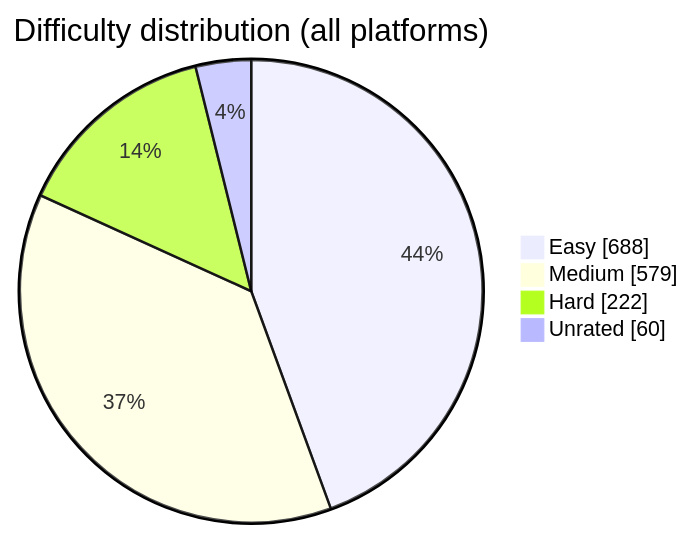
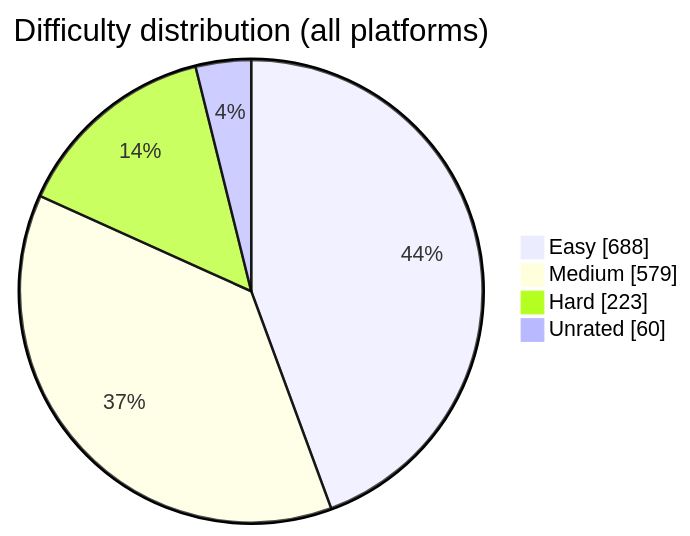
One commit to BuildbyArindam/Daily-Coding-Log changed the diagram in README.md. Above: the diagram before and after it, drawn with Mermaid. The commit also changed other lines of this file, not shown here.

````diff
--- a/README.md
+++ b/README.md
@@ -93,7 +93,7 @@
 ```mermaid
 pie showData title Difficulty distribution (all platforms)
     "Easy" : 688
     "Medium" : 579
-    "Hard" : 222
+    "Hard" : 223
     "Unrated" : 60
 ```
````
